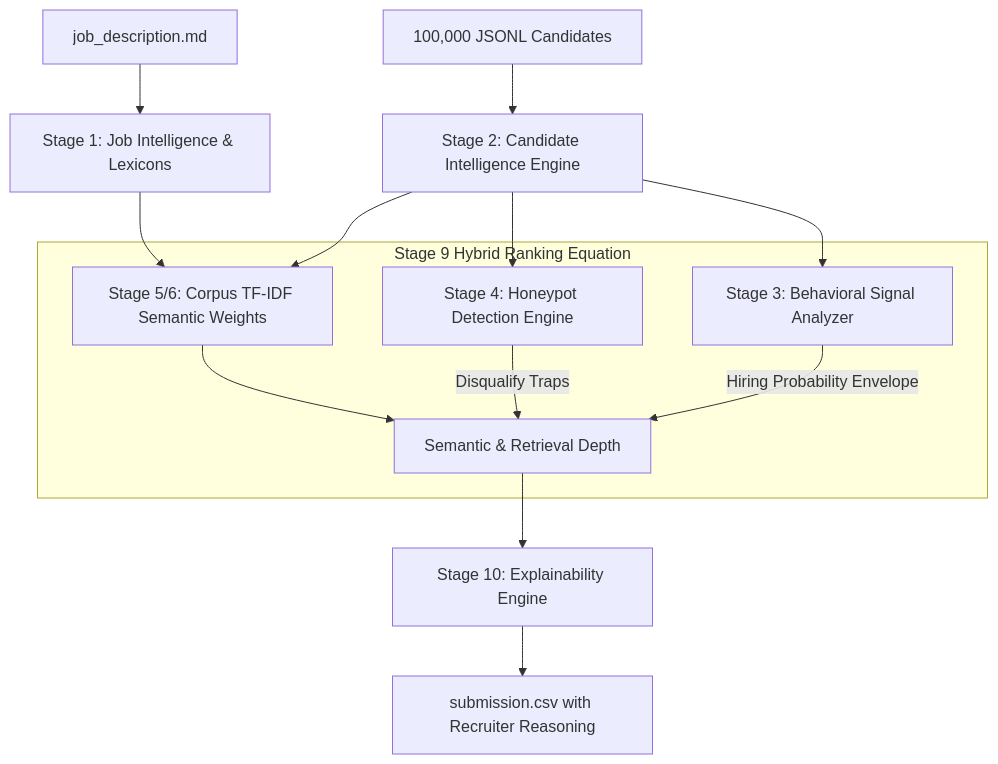
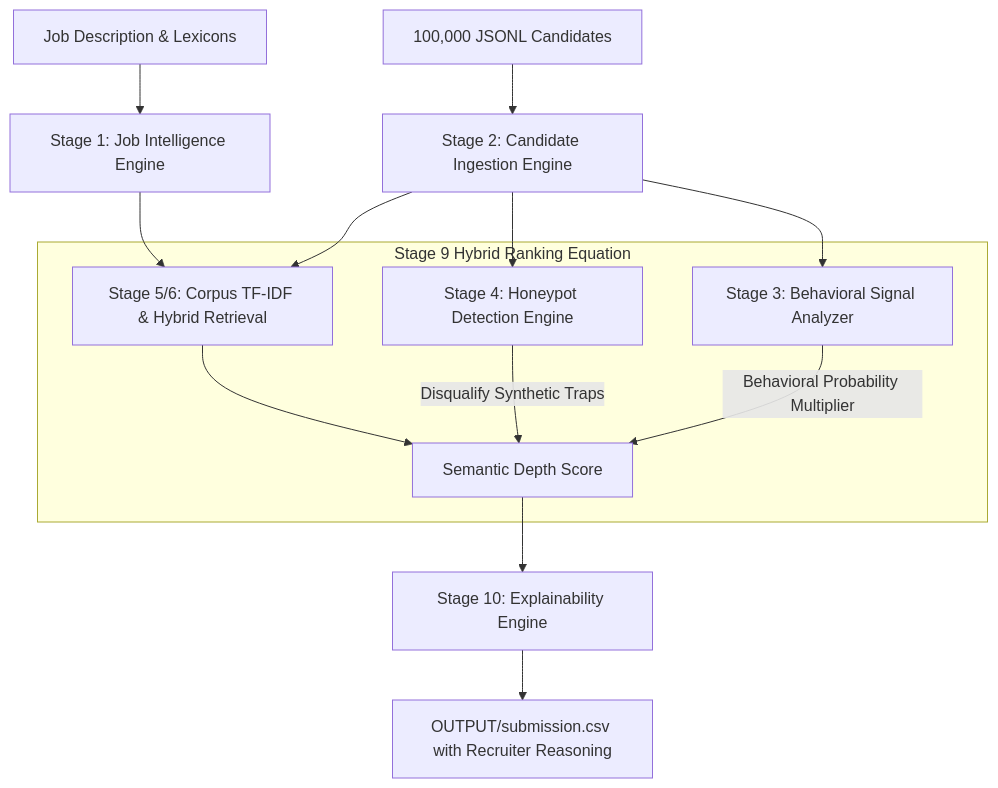
The diagram in README.md (manoj-chavan-13/redrob-ranker), drawn with Mermaid before and after one commit. The commit also changed other lines of this file and 3 other files, not shown here.

````diff
--- a/README.md
+++ b/README.md
@@ -18,20 +20,20 @@
 ```mermaid
 graph TD
-    JD[job_description.md] --> Stage1[Stage 1: Job Intelligence & Lexicons]
-    Pool[100,000 JSONL Candidates] --> Stage2[Stage 2: Candidate Intelligence Engine]
+    JD[Job Description & Lexicons] --> Stage1[Stage 1: Job Intelligence Engine]
+    Pool[100,000 JSONL Candidates] --> Stage2[Stage 2: Candidate Ingestion Engine]
     
-    Stage2 --> Stage5[Stage 5/6: Corpus TF-IDF Semantic Weights]
+    Stage2 --> Stage5[Stage 5/6: Corpus TF-IDF & Hybrid Retrieval]
     Stage1 --> Stage5
     
     Stage2 --> Stage4[Stage 4: Honeypot Detection Engine]
     Stage2 --> Stage3[Stage 3: Behavioral Signal Analyzer]
     
     subgraph Stage 9 Hybrid Ranking Equation
-        Stage5 --> HR[Semantic & Retrieval Depth]
-        Stage4 -->|Disqualify Traps| HR
-        Stage3 -->|Hiring Probability Envelope| HR
+        Stage5 --> HR[Semantic Depth Score]
+        Stage4 -->|Disqualify Synthetic Traps| HR
+        Stage3 -->|Behavioral Probability Multiplier| HR
     end
     
     HR --> Stage10[Stage 10: Explainability Engine]
-    Stage10 --> CSV[submission.csv with Recruiter Reasoning]
+    Stage10 --> CSV[OUTPUT/submission.csv with Recruiter Reasoning]
 ```
````
